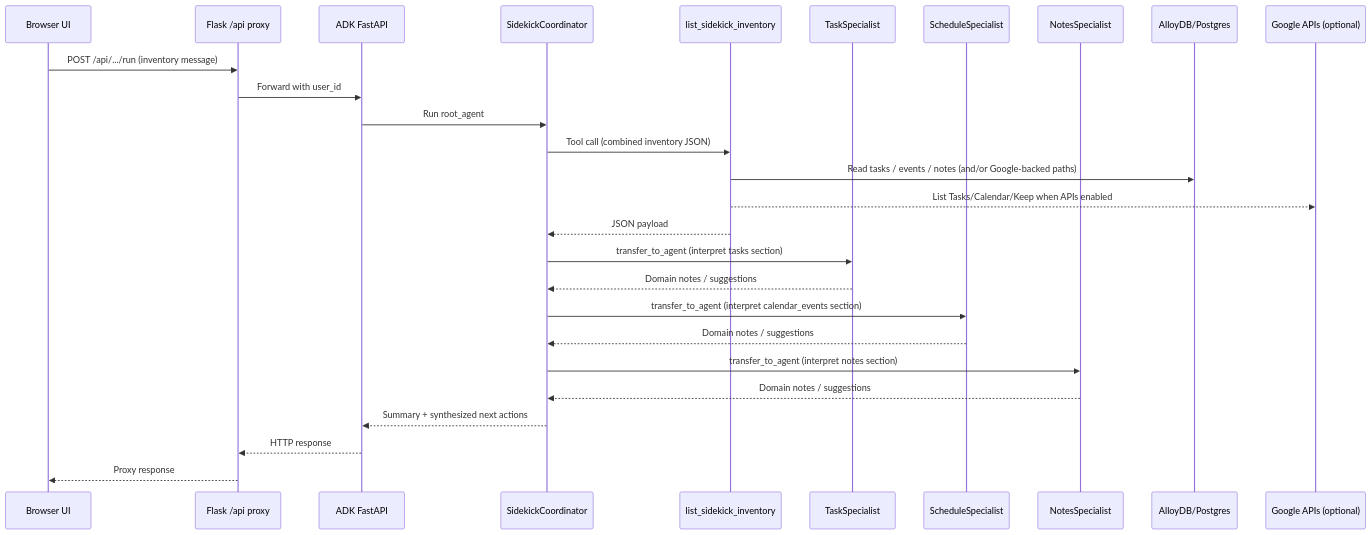
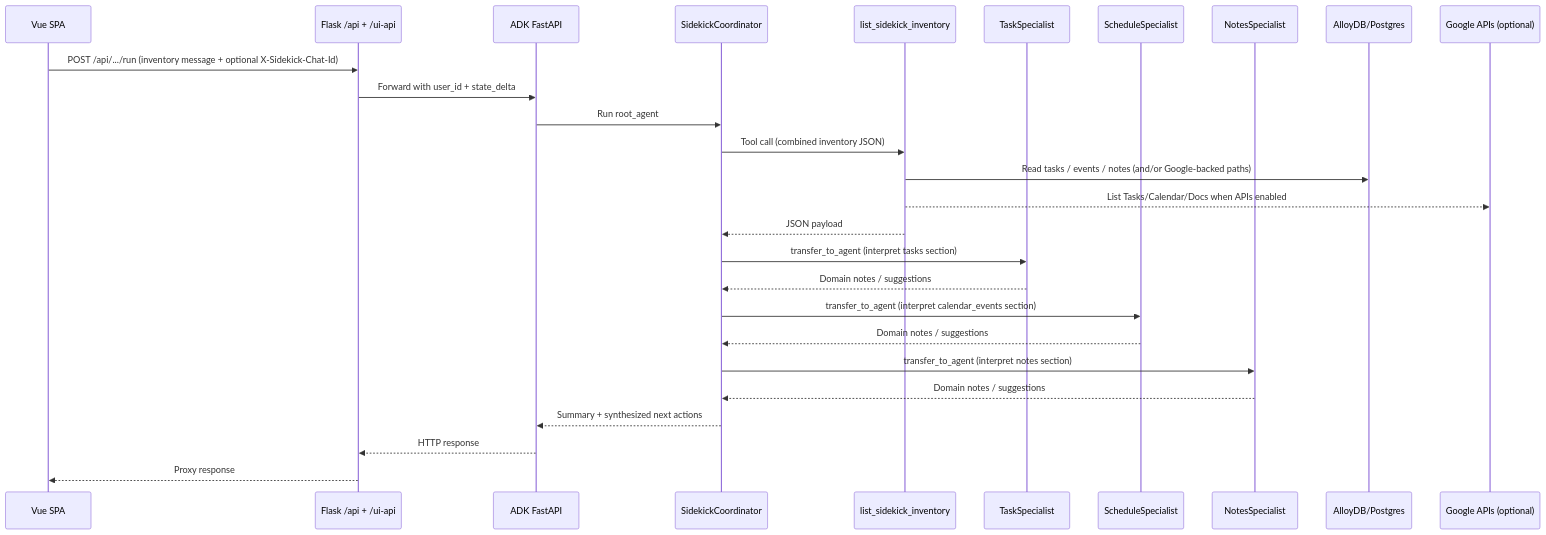
One commit to bolleyboll/h2s-google-genai-apac-cohort1-final changed the tenth of 10 diagrams in README.md. Above: the diagram before and after it, drawn with Mermaid. The commit also changed other lines of this file and 70 other files, not shown here.

````diff
--- a/README.md
+++ b/README.md
@@ -446,30 +478,30 @@
 ```mermaid
 sequenceDiagram
-  participant UI as Browser UI
-  participant Web as Flask /api proxy
+  participant UI as Vue SPA
+  participant Web as Flask /api + /ui-api
   participant ADK as ADK FastAPI
   participant Root as SidekickCoordinator
   participant Inv as list_sidekick_inventory
   participant Task as TaskSpecialist
   participant Sched as ScheduleSpecialist
   participant Notes as NotesSpecialist
   participant DB as AlloyDB/Postgres
   participant G as Google APIs (optional)
 
-  UI->>Web: POST /api/.../run (inventory message)
-  Web->>ADK: Forward with user_id
+  UI->>Web: POST /api/.../run (inventory message + optional X-Sidekick-Chat-Id)
+  Web->>ADK: Forward with user_id + state_delta
   ADK->>Root: Run root_agent
   Root->>Inv: Tool call (combined inventory JSON)
   Inv->>DB: Read tasks / events / notes (and/or Google-backed paths)
-  Inv-->>G: List Tasks/Calendar/Keep when APIs enabled
+  Inv-->>G: List Tasks/Calendar/Docs when APIs enabled
   Inv-->>Root: JSON payload
   Root->>Task: transfer_to_agent (interpret tasks section)
   Task-->>Root: Domain notes / suggestions
   Root->>Sched: transfer_to_agent (interpret calendar_events section)
   Sched-->>Root: Domain notes / suggestions
   Root->>Notes: transfer_to_agent (interpret notes section)
   Notes-->>Root: Domain notes / suggestions
   Root-->>ADK: Summary + synthesized next actions
   ADK-->>Web: HTTP response
   Web-->>UI: Proxy response
 ```
````
